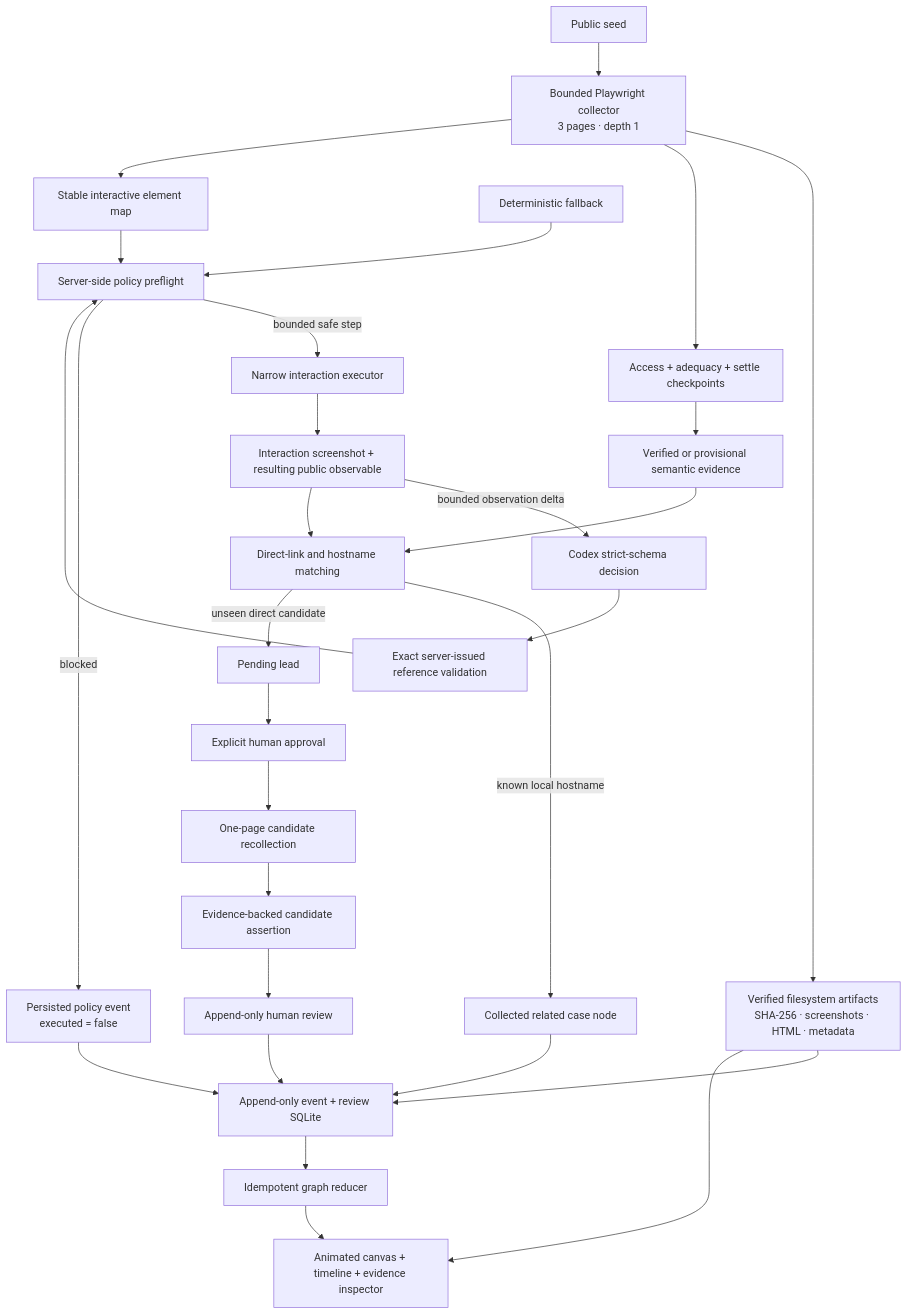
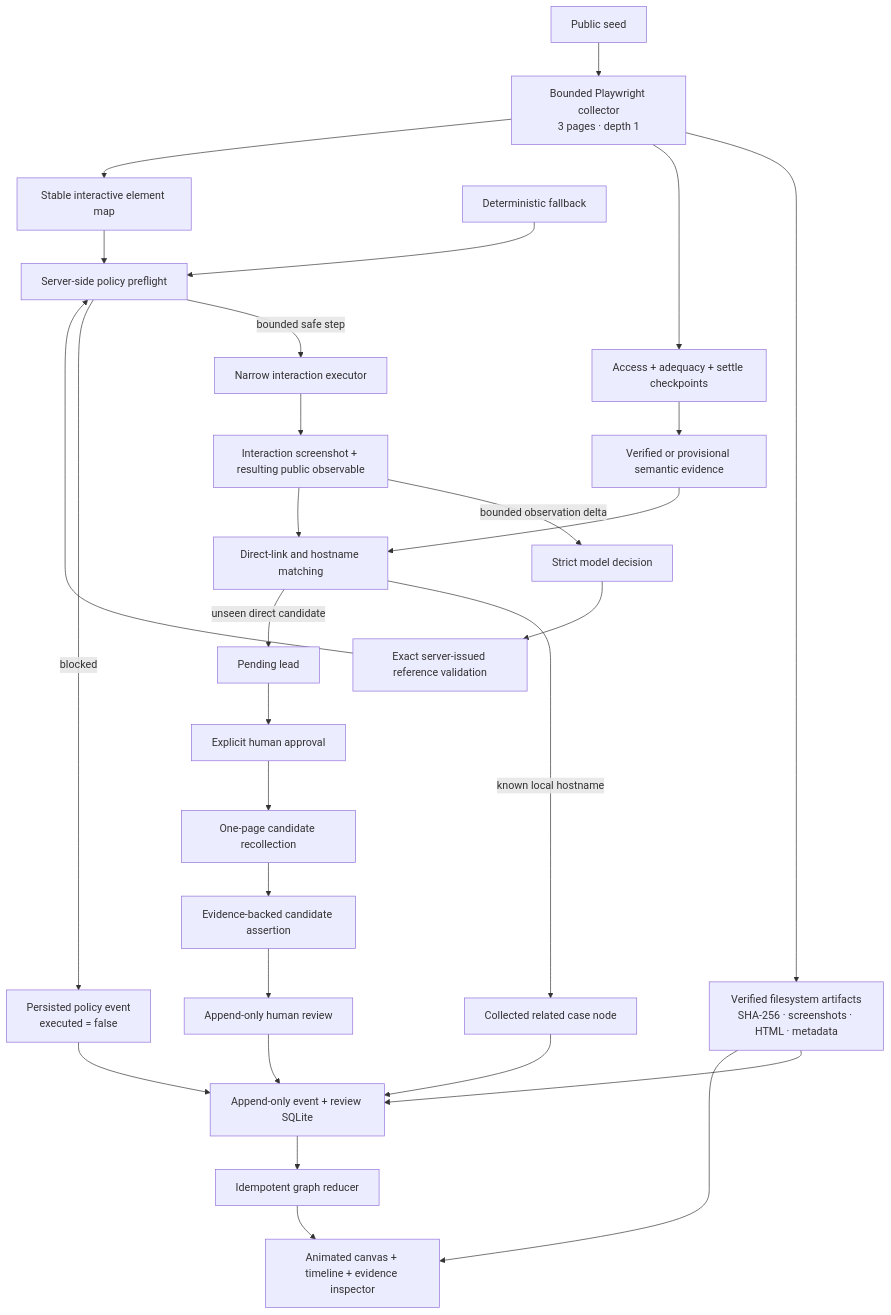
Before and after one commit to myudak/hawkeye-judolgraph: the diagram in gemastik-2026/PROPOSAL.md, drawn with Mermaid. The commit also changed other lines of this file and 22 other files, not shown here.

````diff
--- a/gemastik-2026/PROPOSAL.md
+++ b/gemastik-2026/PROPOSAL.md
@@ -208,31 +209,31 @@
 ```mermaid
 flowchart TD
     S["Public seed"] --> C["Bounded Playwright collector<br/>3 pages · depth 1"]
     C --> A["Verified filesystem artifacts<br/>SHA-256 · screenshots · HTML · metadata"]
     C --> Q["Access + adequacy + settle checkpoints"]
     Q --> E["Verified or provisional semantic evidence"]
     C --> M["Stable interactive element map"]
     M --> P["Server-side policy preflight"]
-    X["Codex strict-schema decision"] --> V["Exact server-issued reference validation"]
+    X["Strict model decision"] --> V["Exact server-issued reference validation"]
     F["Deterministic fallback"] --> P
     V --> P
     P -->|"bounded safe step"| B["Narrow interaction executor"]
     P -->|"blocked"| L["Persisted policy event<br/>executed = false"]
     B --> I["Interaction screenshot + resulting public observable"]
     I -->|"bounded observation delta"| X
     E --> D["Direct-link and hostname matching"]
     I --> D
     D -->|"known local hostname"| K["Collected related case node"]
     D -->|"unseen direct candidate"| G["Pending lead"]
     G --> H["Explicit human approval"]
     H --> R["One-page candidate recollection"]
     R --> N["Evidence-backed candidate assertion"]
     N --> U["Append-only human review"]
     A --> DB["Append-only event + review SQLite"]
     K --> DB
     L --> DB
     U --> DB
     DB --> GR["Idempotent graph reducer"]
     GR --> UI["Animated canvas + timeline + evidence inspector"]
     A --> UI
 ```
````
